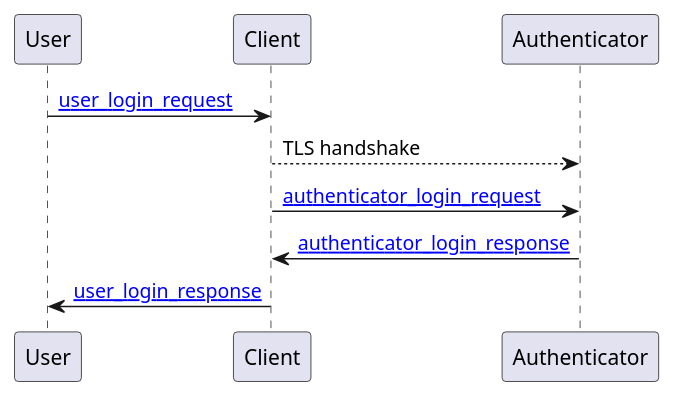
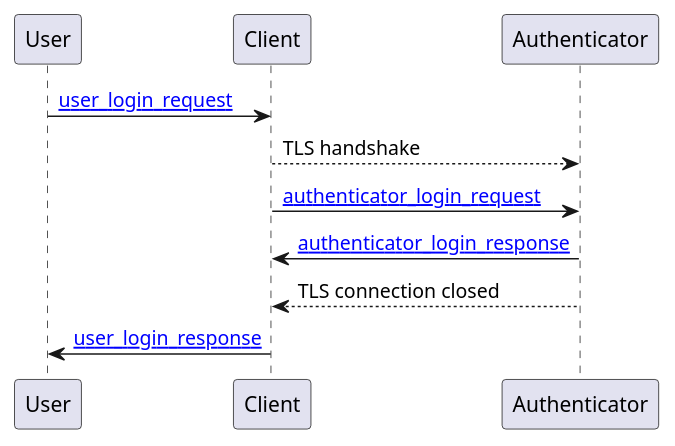
The first of 2 diagrams in docs/sequence.md (dgolbourn/eiko), drawn with PlantUML before and after one commit. The commit also changed other lines of this file, not shown here.

````diff
--- a/docs/sequence.md
+++ b/docs/sequence.md
@@ -5,9 +5,12 @@
 ```{plantuml}
+    :format: svg
+
     @startuml
     User -> Client : [[https://github.com/dgolbourn/eiko/blob/main/res/schemas/user_login_request.json user_login_request]]
     Client --> Authenticator : TLS handshake
     Client -> Authenticator : [[https://github.com/dgolbourn/eiko/blob/main/res/schemas/authenticator_login_request.json authenticator_login_request]]
     Authenticator -> Client : [[https://github.com/dgolbourn/eiko/blob/main/res/schemas/authenticator_login_response.json authenticator_login_response]]
+    Client <-- Authenticator : TLS connection closed
     Client -> User : [[https://github.com/dgolbourn/eiko/blob/main/res/schemas/user_login_response.json user_login_response]]
     @enduml
 ```
````
